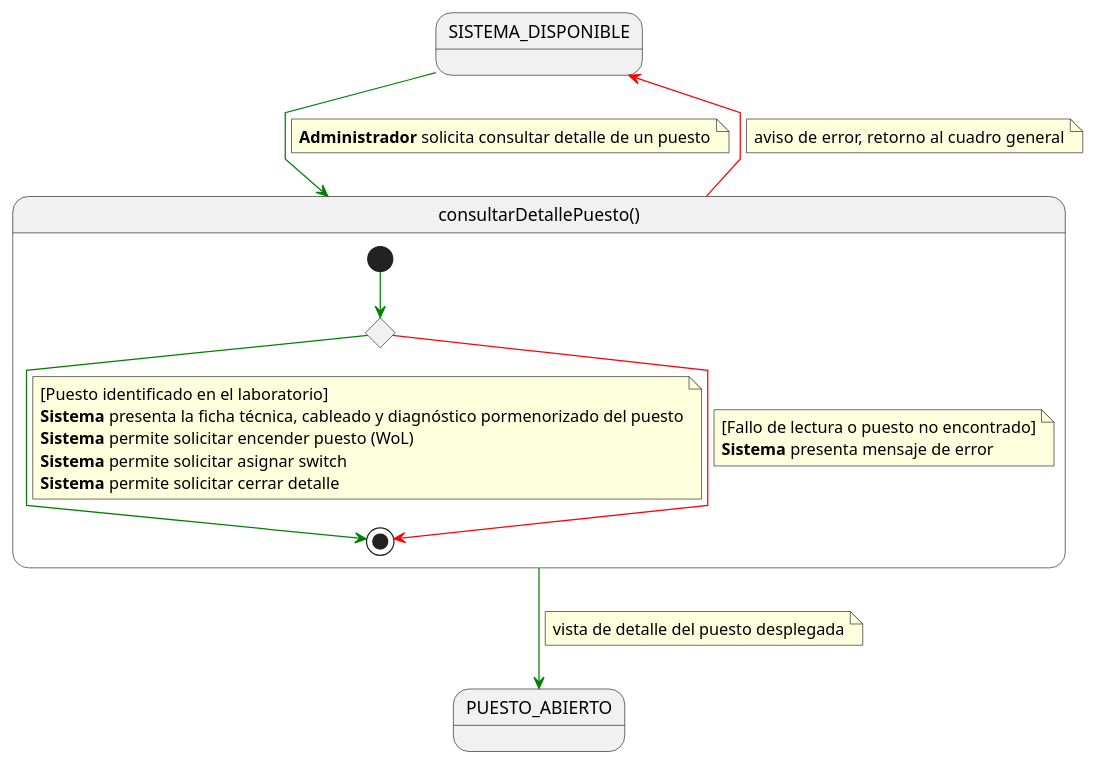
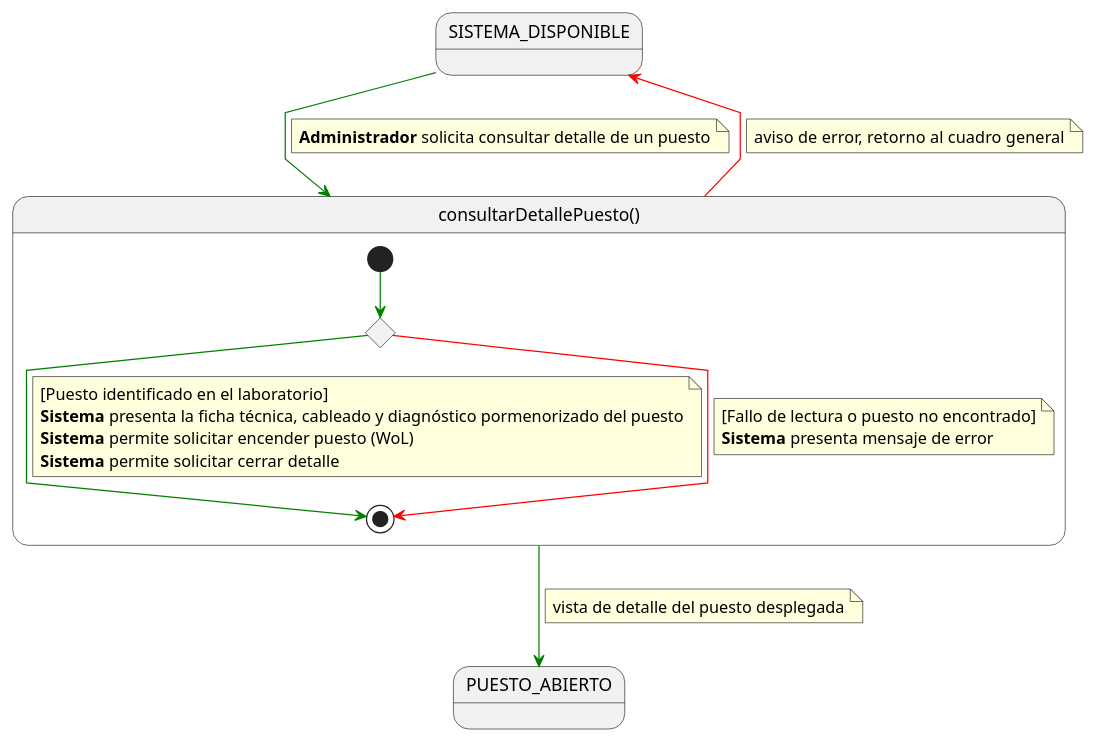
The diagram in RUP/01-requisitos/01-detalle-casos-uso/consultarDetallePuesto/especificacion.puml (Carlos-Lima2510/mesh-panel), drawn with PlantUML before and after one commit. The commit also changed 15 other files, not shown here.

```diff
--- a/RUP/01-requisitos/01-detalle-casos-uso/consultarDetallePuesto/especificacion.puml
+++ b/RUP/01-requisitos/01-detalle-casos-uso/consultarDetallePuesto/especificacion.puml
@@ -1,45 +1,44 @@
 @startuml especificacion
 
 skinparam linetype polyline
 
 state SISTEMA_DISPONIBLE
 state PUESTO_ABIERTO
 
 SISTEMA_DISPONIBLE -[#green]-> consultarDetallePuesto
 note on link
 <b>Administrador</b> solicita consultar detalle de un puesto
 end note
 
 state consultarDetallePuesto as "consultarDetallePuesto()" {
 
     state c <<choice>>
 
     [*] -[#green]-> c
 
     c -[#green]-> [*]
     note on link
     [Puesto identificado en el laboratorio]
     <b>Sistema</b> presenta la ficha técnica, cableado y diagnóstico pormenorizado del puesto
     <b>Sistema</b> permite solicitar encender puesto (WoL)
-    <b>Sistema</b> permite solicitar asignar switch
     <b>Sistema</b> permite solicitar cerrar detalle
     end note
 
     c -[#red]-> [*]
     note on link
     [Fallo de lectura o puesto no encontrado]
     <b>Sistema</b> presenta mensaje de error
     end note
 }
 
 consultarDetallePuesto -[#green]-> PUESTO_ABIERTO
 note on link
 vista de detalle del puesto desplegada
 end note
 
 consultarDetallePuesto -[#red]-> SISTEMA_DISPONIBLE
 note on link
 aviso de error, retorno al cuadro general
 end note
 
 @enduml
```
